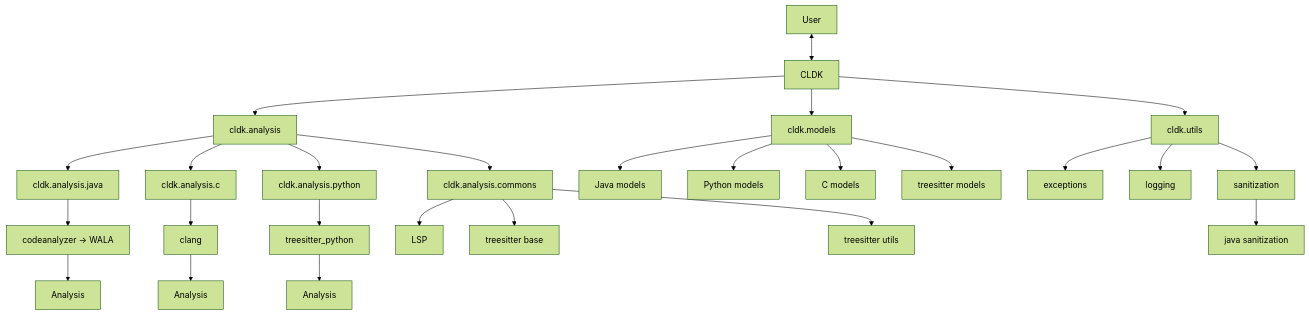
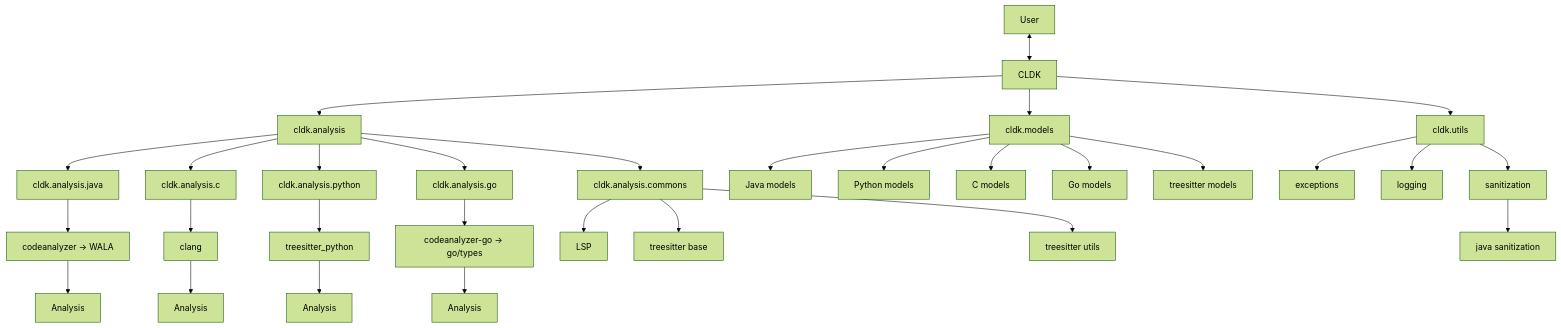
One commit to codellm-devkit/python-sdk changed the diagram in README.md. Above: the diagram before and after it, drawn with Mermaid (forest theme). The commit also changed other lines of this file, not shown here.

````diff
--- a/README.md
+++ b/README.md
@@ -143,36 +144,41 @@
 ```mermaid
 graph TD
 User <--> A[CLDK]
 
     A --> A1[cldk.analysis]
     
     A1 --> A2[cldk.analysis.java]
     A2 --> A3[codeanalyzer → WALA]
     A3 --> JA[Analysis]
 
     A1 --> A4[cldk.analysis.c]
     A4 --> A5[clang]
     A5 --> CA[Analysis]
 
     A1 --> A6[cldk.analysis.python]
     A6 --> A7[treesitter_python]
     A7 --> PA[Analysis]
 
+    A1 --> AG[cldk.analysis.go]
+    AG --> AGG[codeanalyzer-go → go/types]
+    AGG --> GA[Analysis]
+
     A1 --> A8[cldk.analysis.commons]
     A8 --> LSP[LSP]
     A8 --> TS[treesitter base]
     A8 --> TU[treesitter utils]
 
     A --> M[cldk.models]
     M --> MJ[Java models]
     M --> MP[Python models]
     M --> MC[C models]
+    M --> MG[Go models]
     M --> MT[treesitter models]
 
     A --> U[cldk.utils]
     U --> UX[exceptions]
     U --> UL[logging]
     U --> US[sanitization]
     US --> USJ[java sanitization]
 
 ```
````
